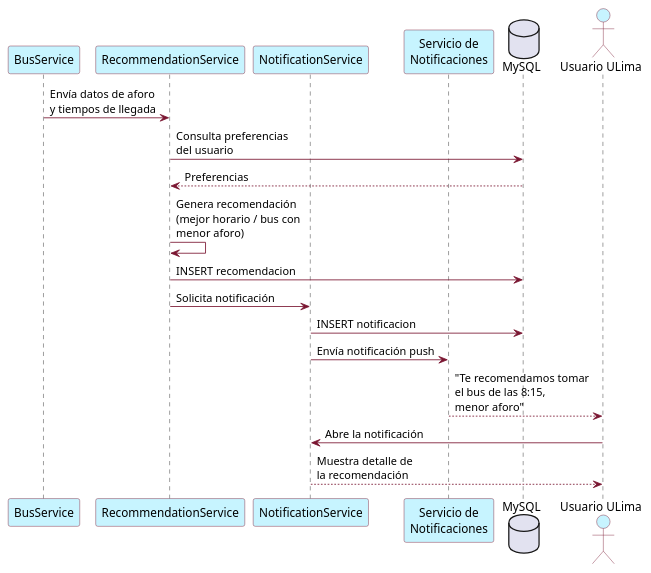
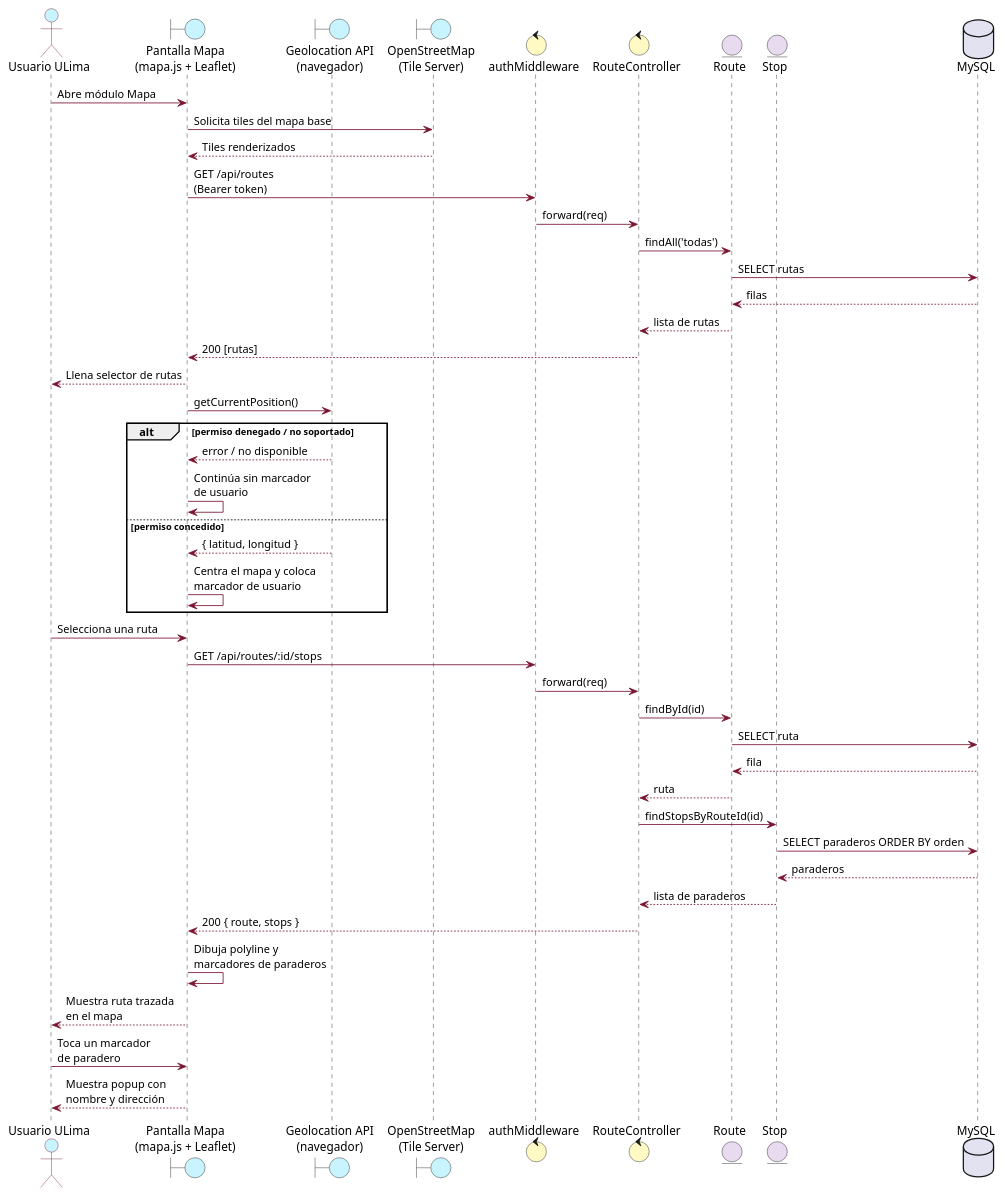
The diagram in secuencia/secuencia3.puml (AndreCabrejos/diagramas-uml), drawn with PlantUML before and after one commit. The commit also changed 14 other files, not shown here.

```diff
--- a/secuencia/secuencia3.puml
+++ b/secuencia/secuencia3.puml
@@ -1,27 +1,63 @@
-@startuml "BUC3 - Recibir Recomendaciones (Secuencia)"
+@startuml "Secuencia 3 - Mapa Interactivo con Geolocalizacion (HU-03, HU-05) - Analisis de Robustez"
 skinparam ParticipantBackgroundColor #C7F4FF
 skinparam ParticipantBorderColor #7A1631
 skinparam ActorBackgroundColor #C7F4FF
 skinparam ActorBorderColor #7A1631
 skinparam ArrowColor #7A1631
 skinparam LifeLineBorderColor #7A1631
+skinparam BoundaryBackgroundColor #C7F4FF
+skinparam ControlBackgroundColor #FFF9C4
+skinparam EntityBackgroundColor #E8DAEF
 
-participant "BusService" as BS
-participant "RecommendationService" as RS
-participant "NotificationService" as NS
-participant "Servicio de\nNotificaciones" as Push
-database "MySQL" as DB
 actor "Usuario ULima" as U
 
-BS -> RS : Envía datos de aforo\ny tiempos de llegada
-RS -> DB : Consulta preferencias\ndel usuario
-DB --> RS : Preferencias
-RS -> RS : Genera recomendación\n(mejor horario / bus con\nmenor aforo)
-RS -> DB : INSERT recomendacion
-RS -> NS : Solicita notificación
-NS -> DB : INSERT notificacion
-NS -> Push : Envía notificación push
-Push --> U : "Te recomendamos tomar\nel bus de las 8:15,\nmenor aforo"
-U -> NS : Abre la notificación
-NS --> U : Muestra detalle de\nla recomendación
+boundary "Pantalla Mapa\n(mapa.js + Leaflet)" as UI
+boundary "Geolocation API\n(navegador)" as GeoAPI
+boundary "OpenStreetMap\n(Tile Server)" as OSM
+control "authMiddleware" as MW
+control "RouteController" as CTRL
+entity "Route" as E_Route
+entity "Stop" as E_Stop
+database "MySQL" as DB
+
+U -> UI : Abre módulo Mapa
+UI -> OSM : Solicita tiles del mapa base
+OSM --> UI : Tiles renderizados
+
+UI -> MW : GET /api/routes\n(Bearer token)
+MW -> CTRL : forward(req)
+CTRL -> E_Route : findAll('todas')
+E_Route -> DB : SELECT rutas
+DB --> E_Route : filas
+E_Route --> CTRL : lista de rutas
+CTRL --> UI : 200 [rutas]
+UI --> U : Llena selector de rutas
+
+UI -> GeoAPI : getCurrentPosition()
+
+alt permiso denegado / no soportado
+  GeoAPI --> UI : error / no disponible
+  UI -> UI : Continúa sin marcador\nde usuario
+else permiso concedido
+  GeoAPI --> UI : { latitud, longitud }
+  UI -> UI : Centra el mapa y coloca\nmarcador de usuario
+end
+
+U -> UI : Selecciona una ruta
+UI -> MW : GET /api/routes/:id/stops
+MW -> CTRL : forward(req)
+CTRL -> E_Route : findById(id)
+E_Route -> DB : SELECT ruta
+DB --> E_Route : fila
+E_Route --> CTRL : ruta
+CTRL -> E_Stop : findStopsByRouteId(id)
+E_Stop -> DB : SELECT paraderos ORDER BY orden
+DB --> E_Stop : paraderos
+E_Stop --> CTRL : lista de paraderos
+CTRL --> UI : 200 { route, stops }
+UI -> UI : Dibuja polyline y\nmarcadores de paraderos
+UI --> U : Muestra ruta trazada\nen el mapa
+
+U -> UI : Toca un marcador\nde paradero
+UI --> U : Muestra popup con\nnombre y dirección
 @enduml
```
